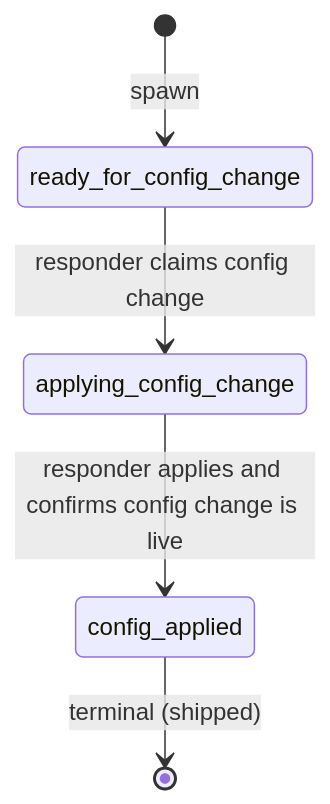
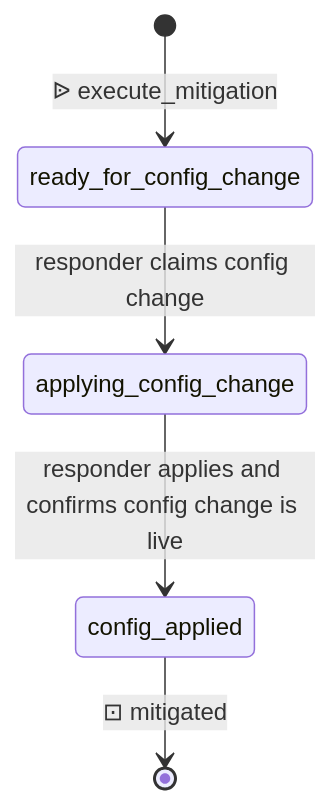
The diagram in examples/workflows/config-change.md (blemees/blemees-workflow), drawn with Mermaid before and after one commit. The commit also changed other lines of this file and 28 other files, not shown here.

````diff
--- a/examples/workflows/config-change.md
+++ b/examples/workflows/config-change.md
@@ -13,8 +13,8 @@
 ```mermaid
 stateDiagram-v2
     direction TB
     ready_for_config_change --> applying_config_change: responder claims config change
     applying_config_change --> config_applied: responder applies and confirms config change is live
-    config_applied --> [*]: terminal (shipped)
-    [*] --> ready_for_config_change: spawn
+    config_applied --> [*]: ⊡ mitigated
+    [*] --> ready_for_config_change: ᐉ execute_mitigation
 ```
````
